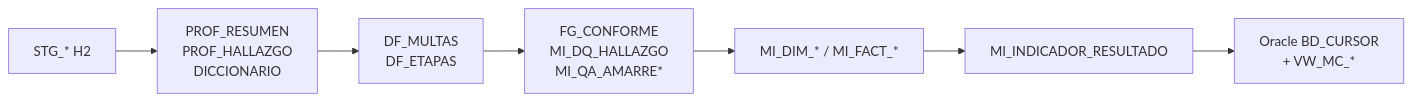
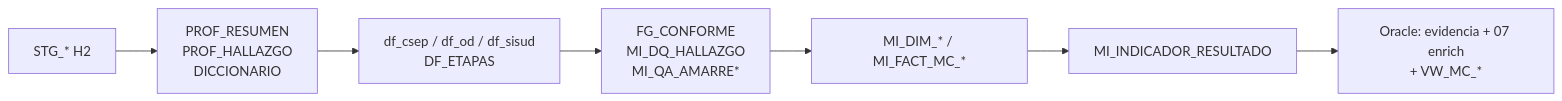
The second of 3 diagrams in docs/fase1-3/status.md (nwodevops/multa_informes_etl), drawn with Mermaid before and after one commit. The commit also changed other lines of this file and 46 other files, not shown here.

````diff
--- a/docs/fase1-3/status.md
+++ b/docs/fase1-3/status.md
@@ -63,12 +71,12 @@
 ```mermaid
 flowchart LR
   STG["STG_* H2"]
   P2["PROF_RESUMEN<br/>PROF_HALLAZGO<br/>DICCIONARIO"]
-  P3["DF_MULTAS<br/>DF_ETAPAS"]
+  P3["df_csep / df_od / df_sisud<br/>DF_ETAPAS"]
   P4["FG_CONFORME<br/>MI_DQ_HALLAZGO<br/>MI_QA_AMARRE*"]
-  P5["MI_DIM_* / MI_FACT_*"]
+  P5["MI_DIM_* / MI_FACT_MC_*"]
   P7["MI_INDICADOR_RESULTADO"]
-  ORA["Oracle BD_CURSOR<br/>+ VW_MC_*"]
+  ORA["Oracle: evidencia + 07 enrich<br/>+ VW_MC_*"]
 
   STG --> P2 --> P3 --> P4 --> P5 --> P7 --> ORA
 ```
````
